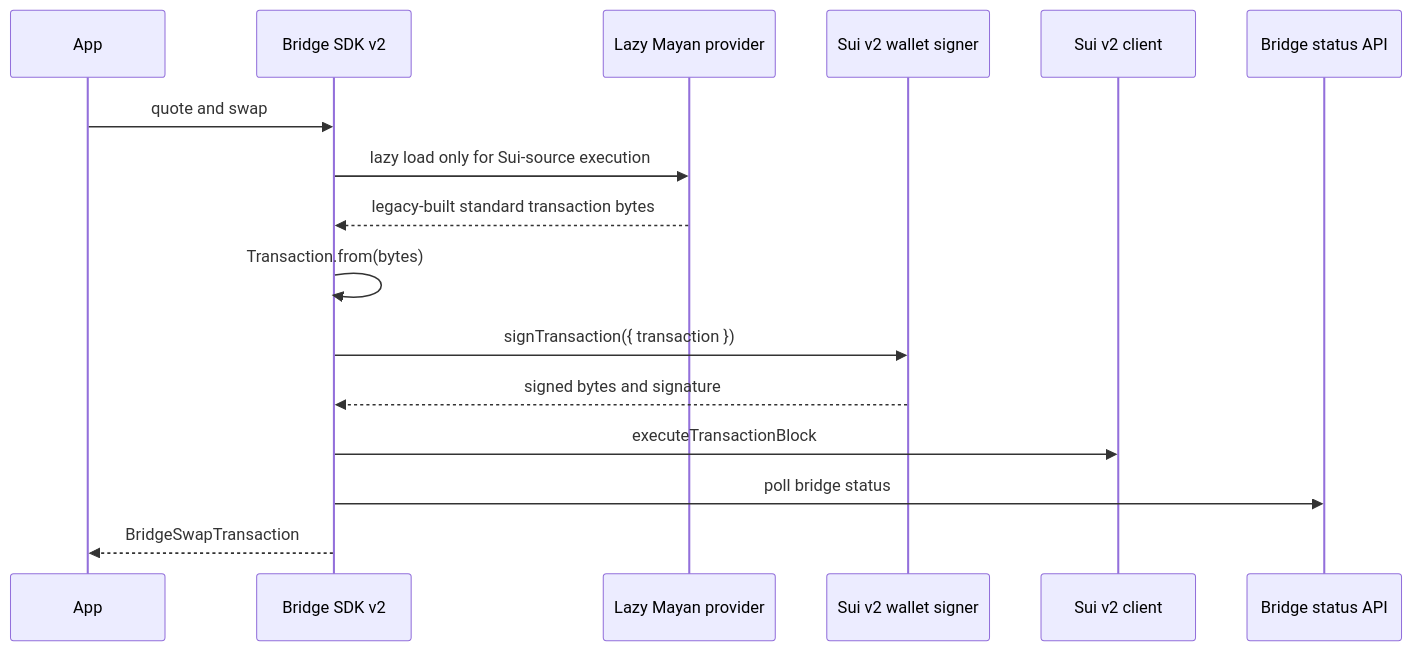
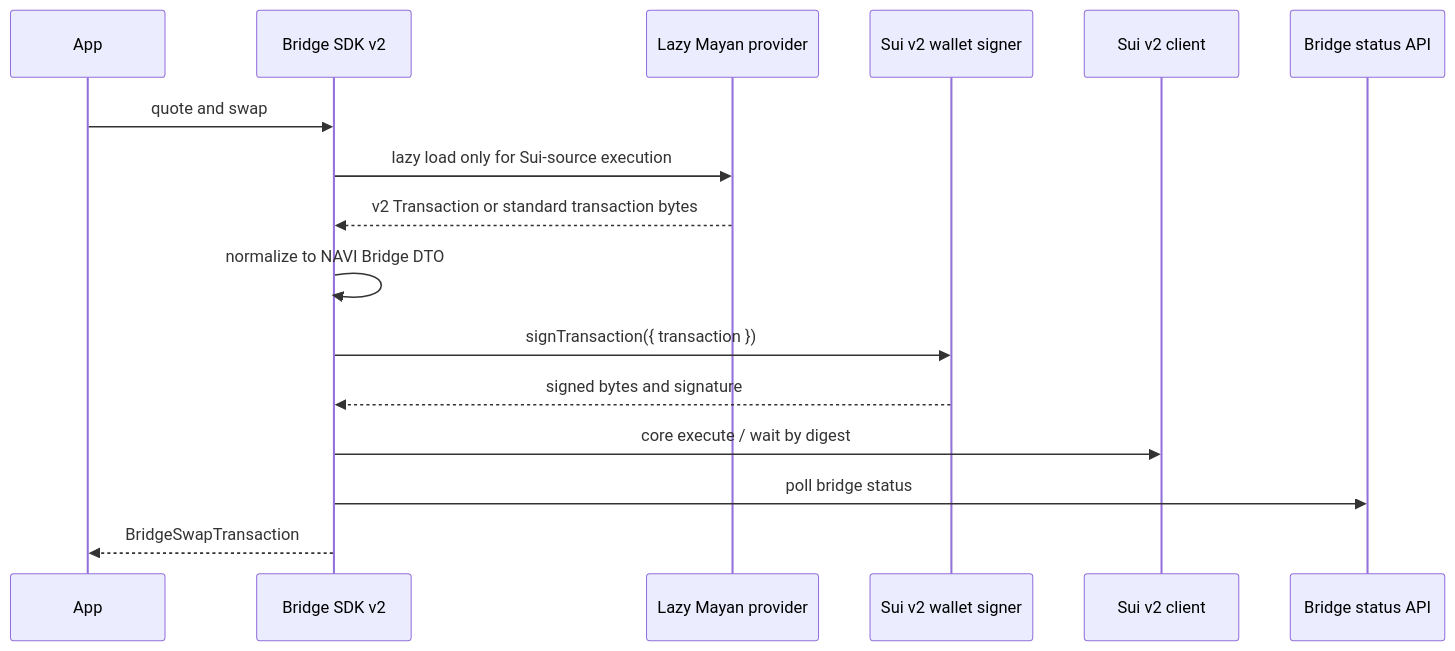
Before and after one commit to naviprotocol/naviprotocol-monorepo: the second of 2 diagrams in docs/sui-sdk-v2-upgrade/plan.md, drawn with Mermaid. The commit also changed other lines of this file and 2 other files, not shown here.

Commit message:
docs(sdk): align sui v2 technical docs

````diff
--- a/docs/sui-sdk-v2-upgrade/plan.md
+++ b/docs/sui-sdk-v2-upgrade/plan.md
@@ -179,19 +195,19 @@
 ```mermaid
 sequenceDiagram
   participant App as App
   participant SDK as Bridge SDK v2
   participant Mayan as Lazy Mayan provider
   participant Wallet as Sui v2 wallet signer
   participant Sui as Sui v2 client
   participant Status as Bridge status API
 
   App->>SDK: quote and swap
   SDK->>Mayan: lazy load only for Sui-source execution
-  Mayan-->>SDK: legacy-built standard transaction bytes
-  SDK->>SDK: Transaction.from(bytes)
+  Mayan-->>SDK: v2 Transaction or standard transaction bytes
+  SDK->>SDK: normalize to NAVI Bridge DTO
   SDK->>Wallet: signTransaction({ transaction })
   Wallet-->>SDK: signed bytes and signature
-  SDK->>Sui: executeTransactionBlock
+  SDK->>Sui: core execute / wait by digest
   SDK->>Status: poll bridge status
   SDK-->>App: BridgeSwapTransaction
 ```
````
